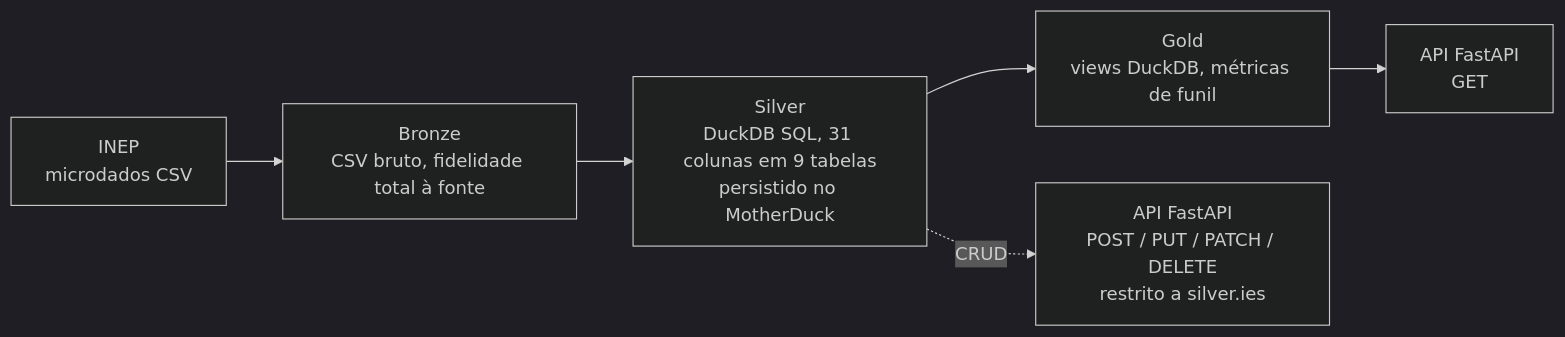
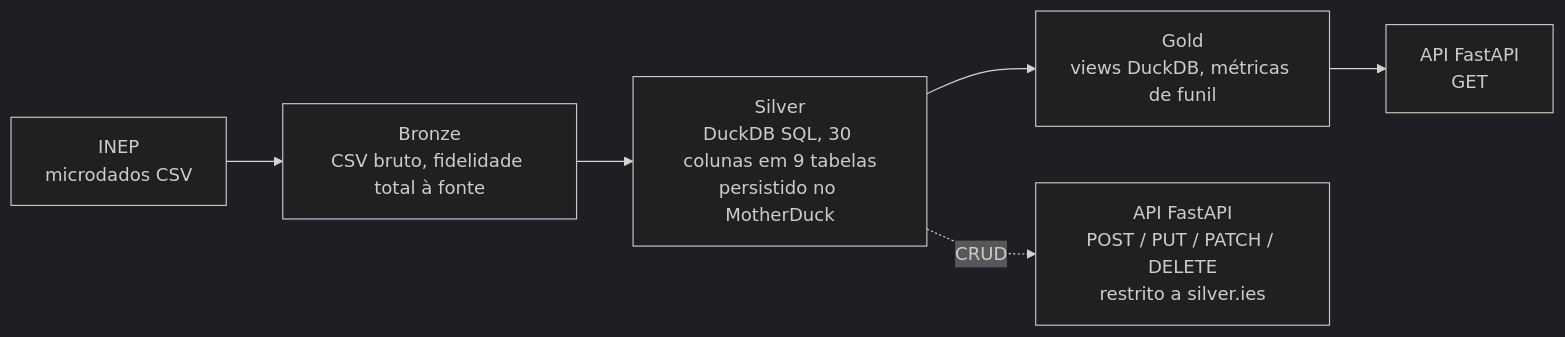
One commit to HugoBSantos/higher-education-census changed the diagram in README.md. Above: the diagram before and after it, drawn with Mermaid (dark theme). The commit also changed other lines of this file, not shown here.

Commit message:
docs: update silver layer documentation to reflect the reduction of columns from 31 to 30

````diff
--- a/README.md
+++ b/README.md
@@ -54,8 +54,8 @@
 ```mermaid
 flowchart LR
     A[INEP<br/>microdados CSV] --> B[Bronze<br/>CSV bruto, fidelidade total à fonte]
-    B --> C[Silver<br/>DuckDB SQL, 31 colunas em 9 tabelas<br/>persistido no MotherDuck]
+    B --> C[Silver<br/>DuckDB SQL, 30 colunas em 9 tabelas<br/>persistido no MotherDuck]
     C --> D[Gold<br/>views DuckDB, métricas de funil]
     D --> E[API FastAPI<br/>GET]
     C -.CRUD.-> F[API FastAPI<br/>POST / PUT / PATCH / DELETE<br/>restrito a silver.ies]
 ```
````
